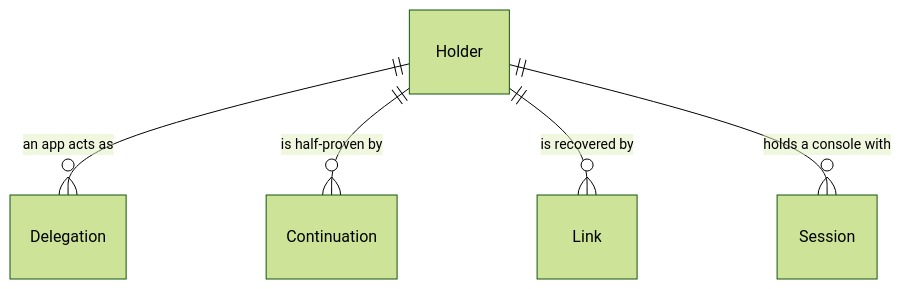
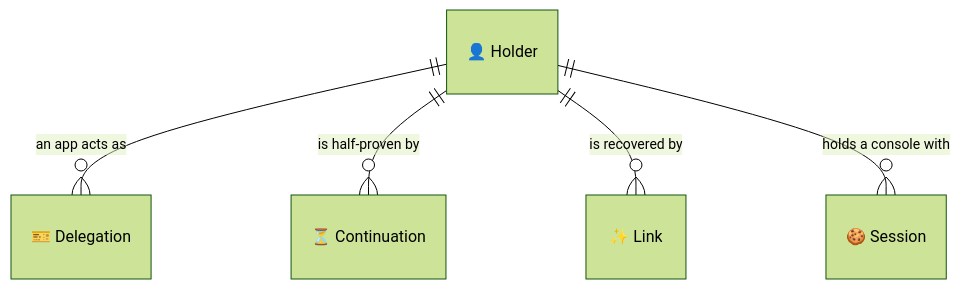
The sixth of 7 diagrams in docs/entity.md (lesomnus/roster), drawn with Mermaid (forest theme) before and after one commit. The commit also changed other lines of this file and 16 other files, not shown here.

````diff
--- a/docs/entity.md
+++ b/docs/entity.md
@@ -272,7 +384,7 @@
 ```mermaid
 erDiagram
-  Holder ||--o{ Delegation : "an app acts as"
-  Holder ||--o{ Continuation : "is half-proven by"
-  Holder ||--o{ Link : "is recovered by"
-  Holder ||--o{ Session : "holds a console with"
+  "👤 Holder"  ||--o{  "🎫 Delegation" : "an app acts as"
+  "👤 Holder"  ||--o{  "⏳ Continuation" : "is half-proven by"
+  "👤 Holder"  ||--o{  "✨ Link" : "is recovered by"
+  "👤 Holder"  ||--o{  "🍪 Session" : "holds a console with"
 ```
````
